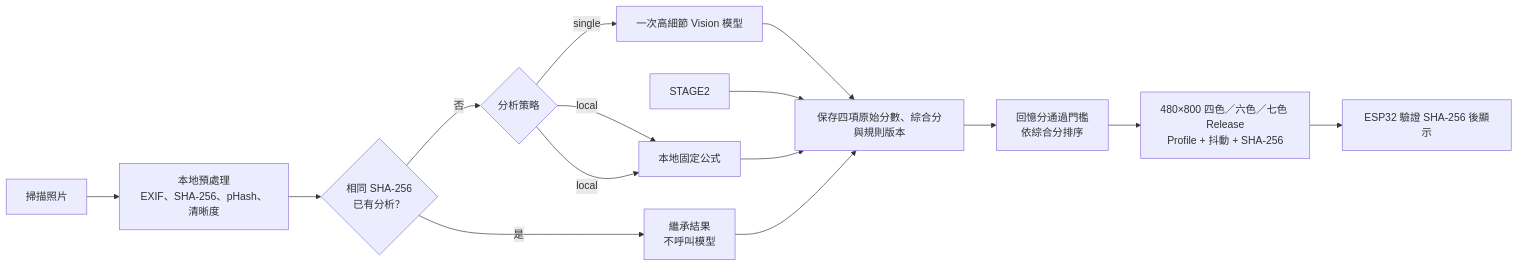
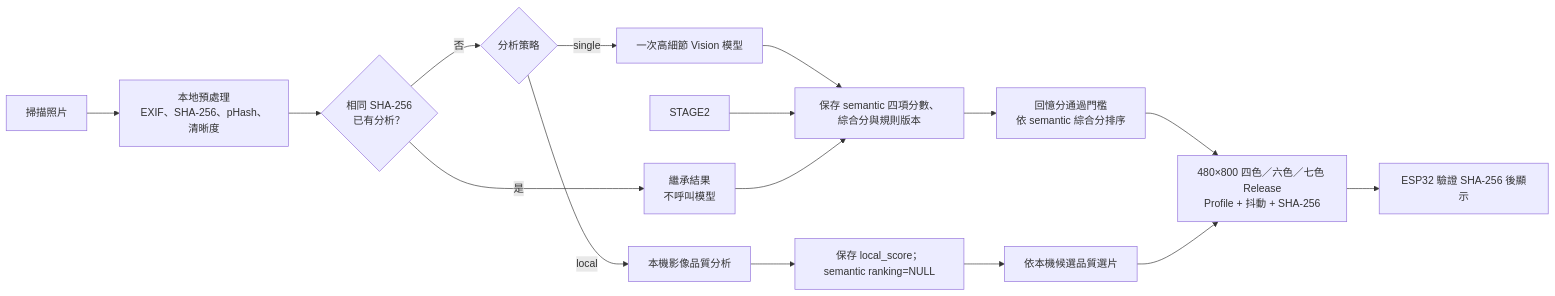
The second of 3 diagrams in docs/architecture/ARCHITECTURE_ZH_TW.md (steven87090799/InkTime), drawn with Mermaid before and after one commit. The commit also changed other lines of this file and 29 other files, not shown here.

````diff
--- a/docs/architecture/ARCHITECTURE_ZH_TW.md
+++ b/docs/architecture/ARCHITECTURE_ZH_TW.md
@@ -69,16 +69,16 @@
 ```mermaid
 flowchart LR
     SCAN["掃描照片"] --> LOCAL["本地預處理<br/>EXIF、SHA-256、pHash、清晰度"]
     LOCAL --> DUP{"相同 SHA-256<br/>已有分析？"}
     DUP -->|"是"| INHERIT["繼承結果<br/>不呼叫模型"]
     DUP -->|"否"| STRATEGY{"分析策略"}
-    STRATEGY -->|"local"| LOCAL_SCORE["本地固定公式"]
+    STRATEGY -->|"local"| LOCAL_SCORE["本機影像品質分析"]
     STRATEGY -->|"single"| VISION["一次高細節 Vision 模型"]
-    STRATEGY -->|"local"| LOCAL_SCORE["本地固定公式"]
-    VISION --> SAVE["保存四項原始分數、綜合分與規則版本"]
+    VISION --> SAVE["保存 semantic 四項分數、綜合分與規則版本"]
     STAGE2 --> SAVE
-    LOCAL_SCORE --> SAVE
+    LOCAL_SCORE --> LOCAL_SAVE["保存 local_score；semantic ranking=NULL"]
     INHERIT --> SAVE
-    SAVE --> PICK["回憶分通過門檻<br/>依綜合分排序"] --> RELEASE["480×800 四色／六色／七色 Release<br/>Profile + 抖動 + SHA-256"]
+    SAVE --> PICK["回憶分通過門檻<br/>依 semantic 綜合分排序"] --> RELEASE["480×800 四色／六色／七色 Release<br/>Profile + 抖動 + SHA-256"]
+    LOCAL_SAVE --> LOCAL_PICK["依本機候選品質選片"] --> RELEASE
     RELEASE --> DEVICE["ESP32 驗證 SHA-256 後顯示"]
 ```
````
